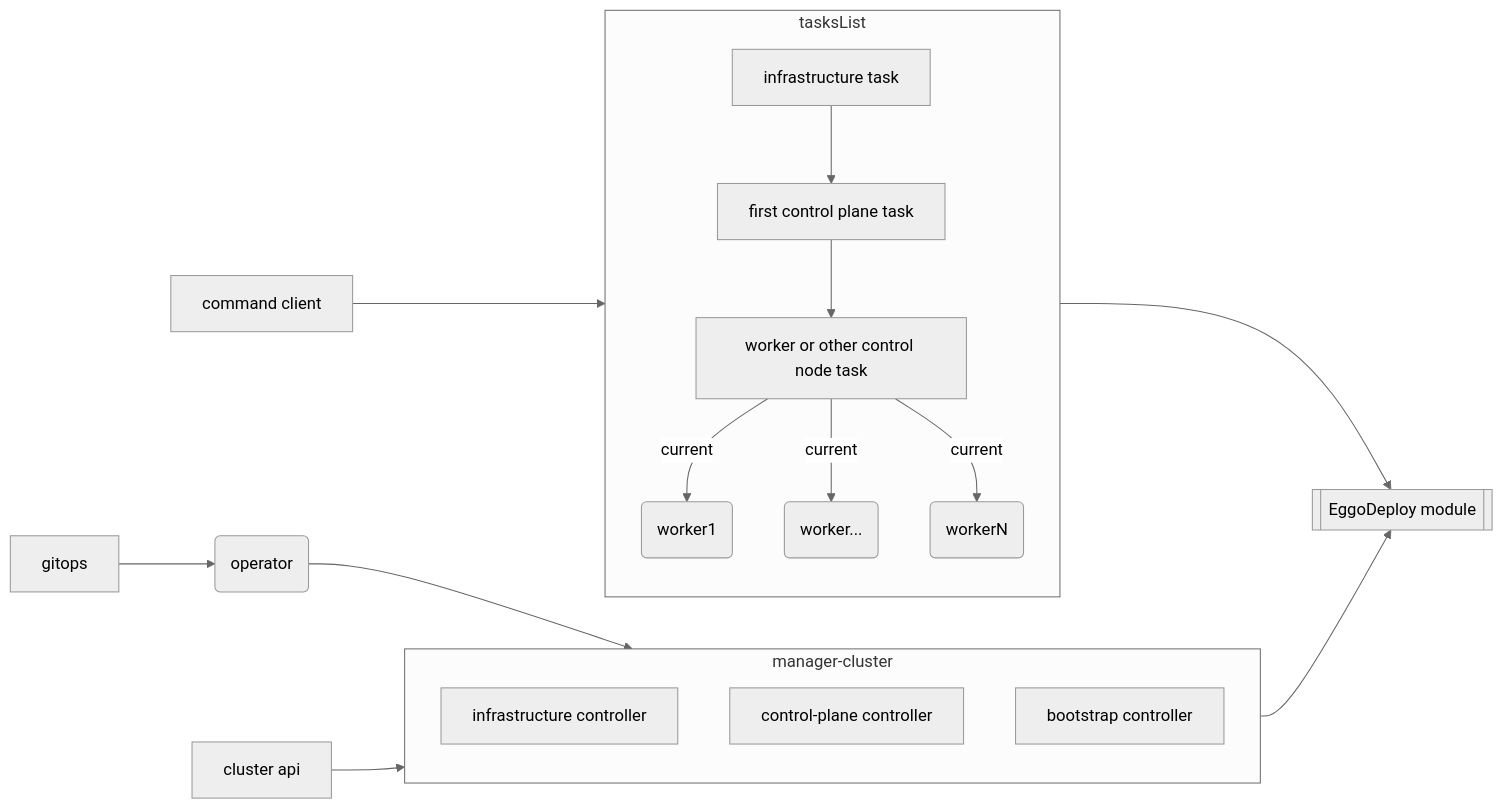
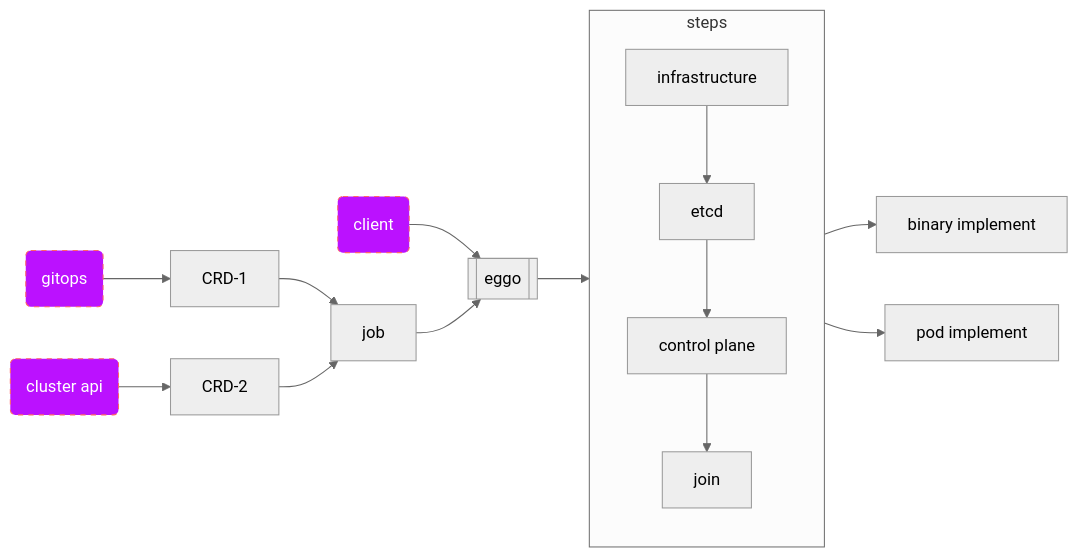
Before and after one commit to openeuler-mirror/eggo: the first of 12 diagrams in docs/general_design_raw.md, drawn with Mermaid (neutral theme). The commit also changed other lines of this file and 8 other files, not shown here.

````diff
--- a/docs/general_design_raw.md
+++ b/docs/general_design_raw.md
@@ -5,23 +5,19 @@
 ```mermaid
 flowchart LR
-	A[command client] --> tasksList
-	subgraph tasksList
-	BA[infrastructure task]
-	BA --> BB[first control plane task]
-	BB --> BC[worker or other control node task]
-	BC -->|current| BD(worker1)
-	BC -->|current| BE(worker...)
-	BC -->|current| BF(workerN)
+	A(client) --> AA[[eggo]]
+	subgraph steps
+        BA[infrastructure]
+        BA --> BB[etcd]
+        BB --> BC[control plane]
+        BC --> BD[join]
 	end
-	tasksList --> C[[EggoDeploy module]]
-	subgraph manager-cluster
-	DA[infrastructure controller]
-	DB[control-plane controller]
-	DC[bootstrap controller]
-	end
-	manager-cluster --> C
-	gitops --> E(operator)
-	E --> manager-cluster
-	F[cluster api] --> manager-cluster
-	
+	AA --> steps
+	steps --> CA[binary implement]
+	steps --> CB[pod implement]
+	D(gitops) --> EA[CRD-1]
+	F(cluster api) --> EB[CRD-2]
+	EA & EB --> H[job]
+	H --> AA
+	classDef interfacestyle fill:#b1f,stroke:#f66,stroke-width:1px,color:#fff,stroke-dasharray:5 5
+	class A,D,F interfacestyle
 ```
````
